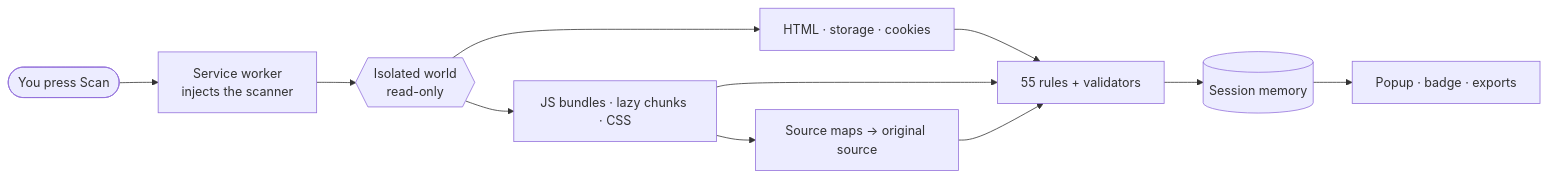
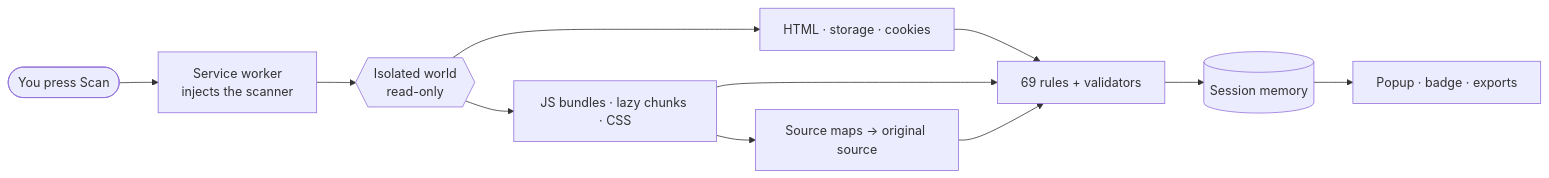
The diagram in README.md (ATHARVASAIL/Watcher), drawn with Mermaid before and after one commit. The commit also changed other lines of this file and 15 other files, not shown here.

````diff
--- a/README.md
+++ b/README.md
@@ -162,11 +181,11 @@
 ```mermaid
 flowchart LR
   A([You press Scan]) --> B["Service worker<br/>injects the scanner"]
   B --> C{{"Isolated world<br/>read-only"}}
   C --> D["HTML · storage · cookies"]
   C --> E["JS bundles · lazy chunks · CSS"]
   E --> F["Source maps → original source"]
-  D & E & F --> G["55 rules + validators"]
+  D & E & F --> G["69 rules + validators"]
   G --> H[("Session memory")]
   H --> I["Popup · badge · exports"]
 ```
````
